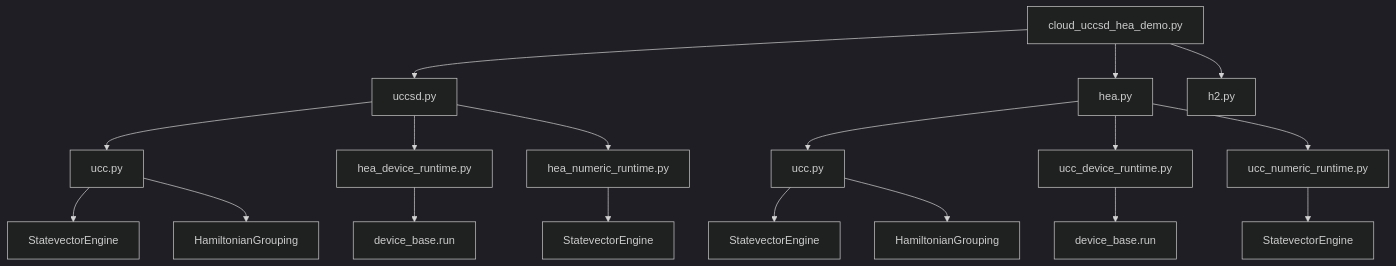
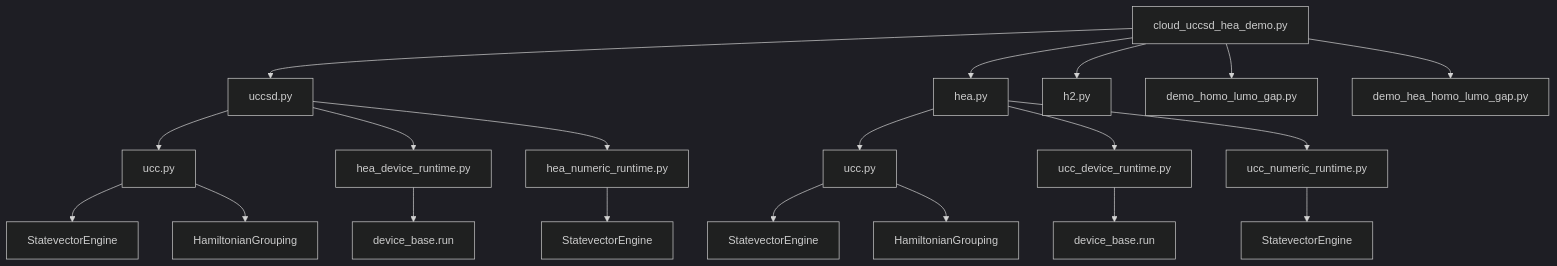
Before and after one commit to QureGenAI-Biotech/TyxonQ: the ninth of 9 diagrams in .qoder/repowiki/en/content/Examples and Tutorials/Quantum Chemistry Examples/UCCSD and HEA Algorithm Examples.md, drawn with Mermaid (dark theme). The commit also changed other lines of this file and 76 other files, not shown here.

````diff
--- a/.qoder/repowiki/en/content/Examples and Tutorials/Quantum Chemistry Examples/UCCSD and HEA Algorithm Examples.md
+++ b/.qoder/repowiki/en/content/Examples and Tutorials/Quantum Chemistry Examples/UCCSD and HEA Algorithm Examples.md
@@ -358,20 +372,22 @@
 ```mermaid
 graph TD
 A[cloud_uccsd_hea_demo.py] --> B[uccsd.py]
 A --> C[hea.py]
 A --> D[h2.py]
-B --> E[ucc.py]
-C --> F[ucc.py]
-B --> G[hea_device_runtime.py]
-B --> H[hea_numeric_runtime.py]
-C --> I[ucc_device_runtime.py]
-C --> J[ucc_numeric_runtime.py]
-E --> K[StatevectorEngine]
-E --> L[HamiltonianGrouping]
-F --> M[StatevectorEngine]
-F --> N[HamiltonianGrouping]
-G --> O[device_base.run]
-H --> P[StatevectorEngine]
+A --> E[demo_homo_lumo_gap.py]
+A --> F[demo_hea_homo_lumo_gap.py]
+B --> G[ucc.py]
+C --> H[ucc.py]
+B --> I[hea_device_runtime.py]
+B --> J[hea_numeric_runtime.py]
+C --> K[ucc_device_runtime.py]
+C --> L[ucc_numeric_runtime.py]
+G --> M[StatevectorEngine]
+G --> N[HamiltonianGrouping]
+H --> O[StatevectorEngine]
+H --> P[HamiltonianGrouping]
 I --> Q[device_base.run]
 J --> R[StatevectorEngine]
+K --> S[device_base.run]
+L --> T[StatevectorEngine]
 ```
````
